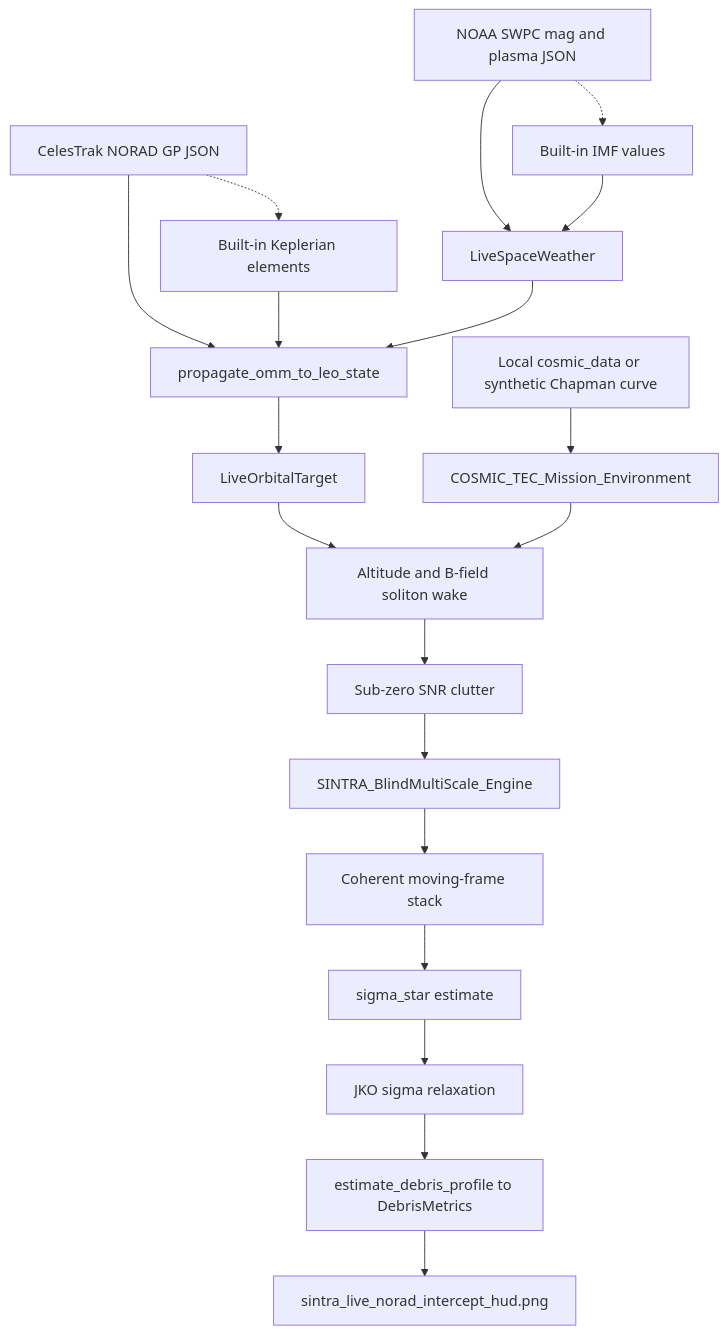
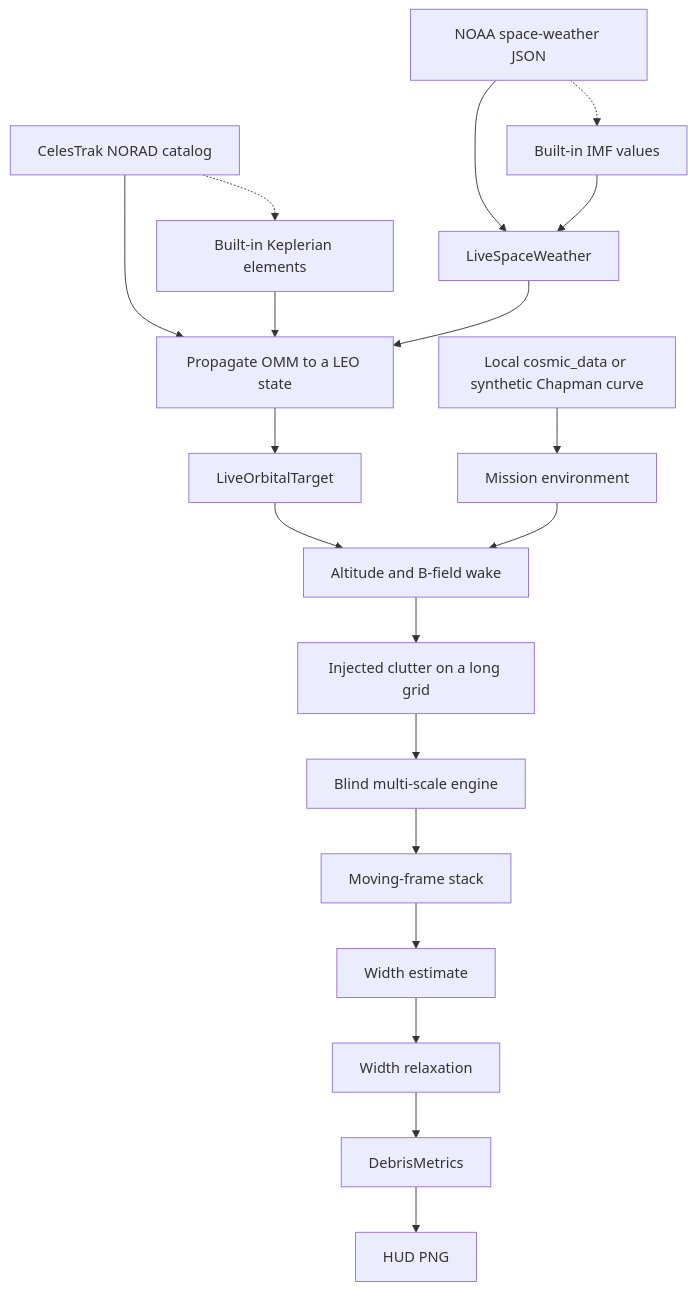
The diagram in diagrams/overview.mmd (code4johnm/sinatra_audit), drawn with Mermaid before and after one commit. The commit also changed 10 other files, not shown here.

First line of the commit message:
Correct proof claims and fix Mermaid diagrams.

```diff
--- a/diagrams/overview.mmd
+++ b/diagrams/overview.mmd
@@ -1,37 +1,37 @@
-flowchart TD
-  noaa["NOAA SWPC mag and plasma JSON"]
-  cele["CelesTrak NORAD GP JSON"]
-  cosmic["Local cosmic_data or synthetic Chapman curve"]
-  sw["LiveSpaceWeather"]
-  swfb["Built-in IMF values"]
-  prop["propagate_omm_to_leo_state"]
-  kep["Built-in Keplerian elements"]
-  tgt["LiveOrbitalTarget"]
-  env["COSMIC_TEC_Mission_Environment"]
-  inject["Altitude and B-field soliton wake"]
-  clutter["Sub-zero SNR clutter"]
-  engine["SINTRA_BlindMultiScale_Engine"]
-  stack["Coherent moving-frame stack"]
-  sigma["sigma_star estimate"]
-  jko["JKO sigma relaxation"]
-  debris["estimate_debris_profile to DebrisMetrics"]
-  hud["sintra_live_norad_intercept_hud.png"]
+graph TD
+  noaa[NOAA space-weather JSON]
+  cele[CelesTrak NORAD catalog]
+  cosmic[Local cosmic_data or synthetic Chapman curve]
+  sw[LiveSpaceWeather]
+  swfb[Built-in IMF values]
+  prop[Propagate OMM to a LEO state]
+  kep[Built-in Keplerian elements]
+  tgt[LiveOrbitalTarget]
+  env[Mission environment]
+  inject[Altitude and B-field wake]
+  clutter[Injected clutter on a long grid]
+  engine[Blind multi-scale engine]
+  stack[Moving-frame stack]
+  sigma[Width estimate]
+  jko[Width relaxation]
+  debris[DebrisMetrics]
+  hud[HUD PNG]
 
   noaa --> sw
   noaa -.-> swfb
   swfb --> sw
   cele --> prop
   cele -.-> kep
   kep --> prop
   sw --> prop
   prop --> tgt
   cosmic --> env
   tgt --> inject
   env --> inject
   inject --> clutter
   clutter --> engine
   engine --> stack
   stack --> sigma
   sigma --> jko
   jko --> debris
   debris --> hud
```
